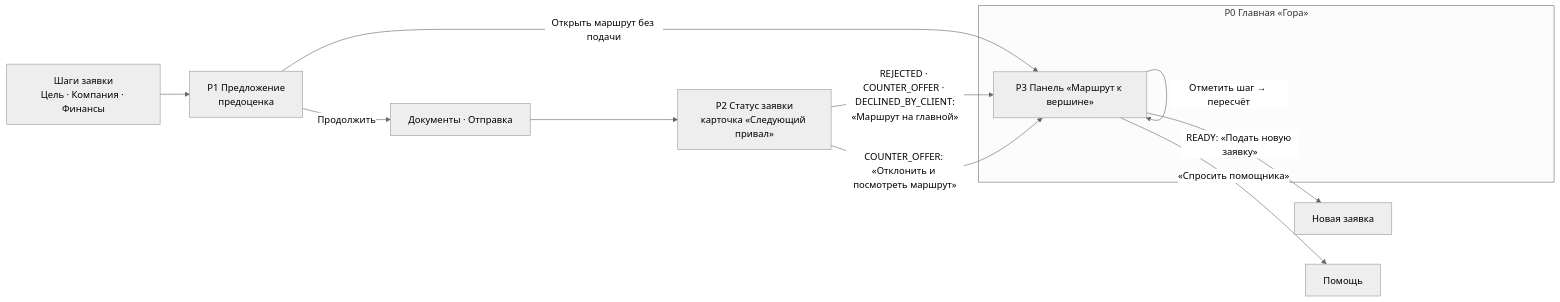
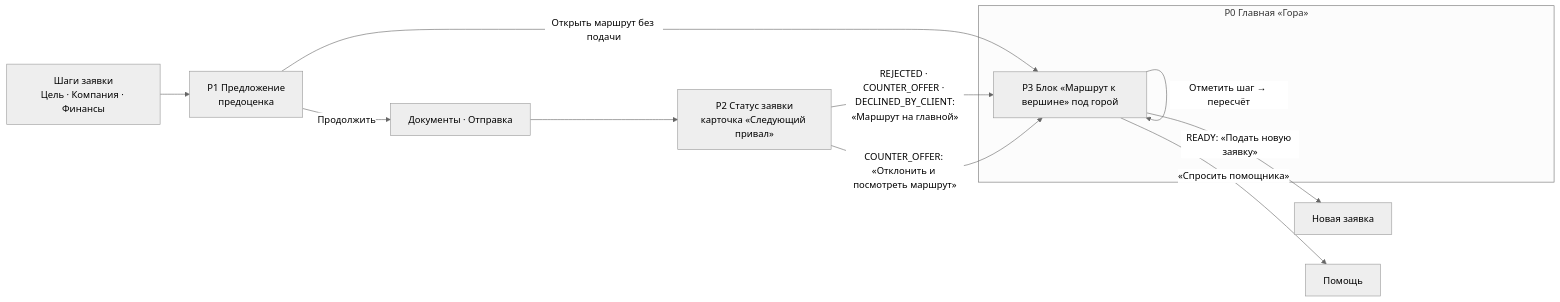
The diagram in docs/05-ux/route-pages.md (worker4556/smart-credit), drawn with Mermaid (neutral theme) before and after one commit. The commit also changed other lines of this file and 38 other files, not shown here.

````diff
--- a/docs/05-ux/route-pages.md
+++ b/docs/05-ux/route-pages.md
@@ -11,15 +11,15 @@
 ```mermaid
 flowchart LR
     S1[Шаги заявки<br/>Цель · Компания · Финансы] --> P1[Р1 Предложение<br/>предоценка]
     P1 -->|Продолжить| S5[Документы · Отправка]
     S5 --> P2[Р2 Статус заявки<br/>карточка «Следующий привал»]
     subgraph G [Р0 Главная «Гора»]
-        R[Р3 Панель «Маршрут к вершине»]
+        R[Р3 Блок «Маршрут к вершине» под горой]
     end
     P1 -->|Открыть маршрут без подачи| R
     P2 -->|REJECTED · COUNTER_OFFER · DECLINED_BY_CLIENT:<br/>«Маршрут на главной»| R
     P2 -->|COUNTER_OFFER: «Отклонить и посмотреть маршрут»| R
     R -->|Отметить шаг → пересчёт| R
     R -->|READY: «Подать новую заявку»| N[Новая заявка]
     R -->|«Спросить помощника»| H[Помощь]
 ```
````
